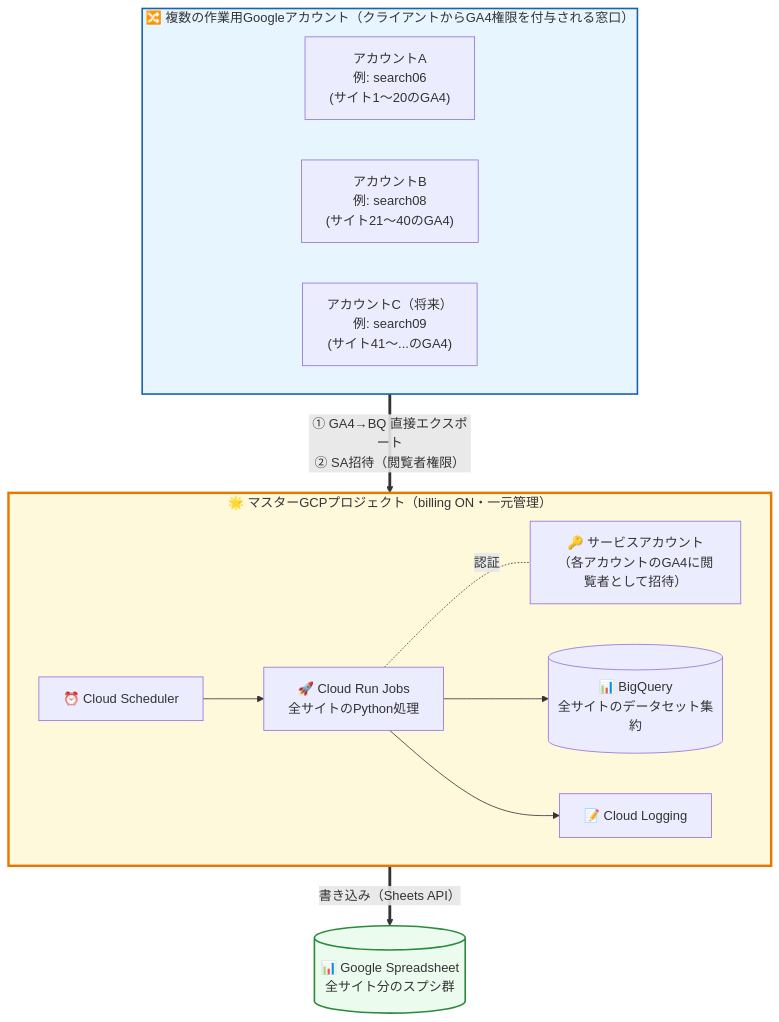
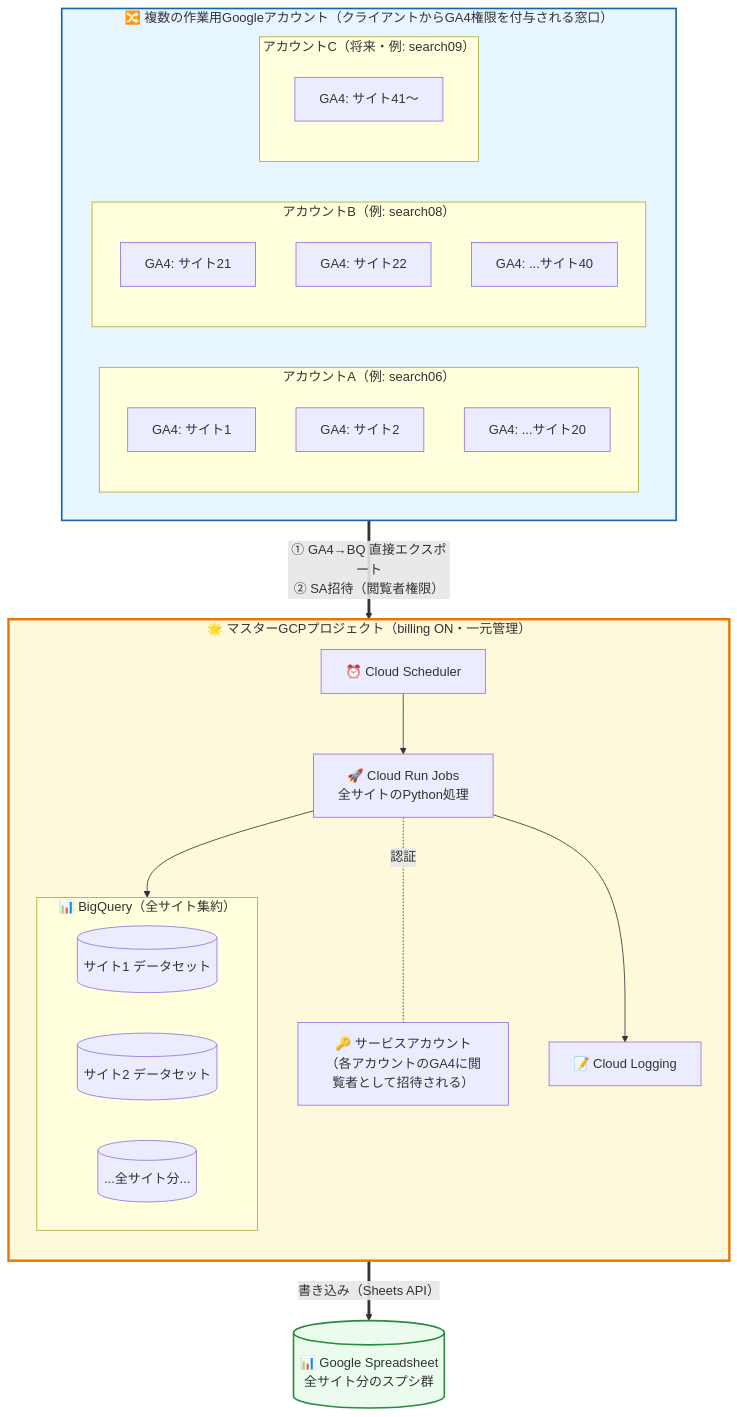
The sixth of 8 diagrams in tools/seo-dashboard/setup_guide_generic.md (itakura-t-hue/claude), drawn with Mermaid before and after one commit.

Commit message:
setup_guide_generic: D-2構成図を情報量キープ＋縦積み化
前回の簡素化で情報が削れすぎた。今回は内容を取り戻し、かつ縦積みを維持：
- Accounts: アカウントA/B/C を横並び、各アカウント内にGA4サイト3件ずつ（search06/08/09明記）
- Master: Cloud Scheduler/Run/SA/BigQuery(データセット3件)/Logging を内包
- SHEET: 最下段
サブグラフ間の矢印は2本のみ（Accounts→Master、Master→SHEET）に集約することで、Mermaid auto-layoutの縦積みを確実化。

````diff
--- a/tools/seo-dashboard/setup_guide_generic.md
+++ b/tools/seo-dashboard/setup_guide_generic.md
@@ -1024,32 +1024,50 @@
 ```mermaid
 flowchart TB
     subgraph Accounts["🔀 複数の作業用Googleアカウント（クライアントからGA4権限を付与される窓口）"]
         direction LR
-        AcctA["アカウントA<br/>例: search06<br/>(サイト1〜20のGA4)"]
-        AcctB["アカウントB<br/>例: search08<br/>(サイト21〜40のGA4)"]
-        AcctC["アカウントC（将来）<br/>例: search09<br/>(サイト41〜...のGA4)"]
+        subgraph AcctA["アカウントA（例: search06）"]
+            direction TB
+            GA4_A1[GA4: サイト1]
+            GA4_A2[GA4: サイト2]
+            GA4_A3[GA4: ...サイト20]
+        end
+        subgraph AcctB["アカウントB（例: search08）"]
+            direction TB
+            GA4_B1[GA4: サイト21]
+            GA4_B2[GA4: サイト22]
+            GA4_B3[GA4: ...サイト40]
+        end
+        subgraph AcctC["アカウントC（将来・例: search09）"]
+            direction TB
+            GA4_C1[GA4: サイト41〜]
+        end
     end
 
     subgraph Master["🌟 マスターGCPプロジェクト（billing ON・一元管理）"]
-        direction LR
+        direction TB
         MSCHED["⏰ Cloud Scheduler"]
         MCR["🚀 Cloud Run Jobs<br/>全サイトのPython処理"]
-        MSA["🔑 サービスアカウント<br/>（各アカウントのGA4に閲覧者として招待）"]
-        MBQ[("📊 BigQuery<br/>全サイトのデータセット集約")]
+        MSA["🔑 サービスアカウント<br/>（各アカウントのGA4に閲覧者として招待される）"]
+        subgraph MBQ["📊 BigQuery（全サイト集約）"]
+            direction LR
+            DS1[(サイト1 データセット)]
+            DS2[(サイト2 データセット)]
+            DSN[(...全サイト分...)]
+        end
         MLOG["📝 Cloud Logging"]
 
         MSCHED --> MCR
         MCR -. "認証" .- MSA
         MCR --> MBQ
         MCR --> MLOG
     end
 
     SHEET[("📊 Google Spreadsheet<br/>全サイト分のスプシ群")]
 
     Accounts == "① GA4→BQ 直接エクスポート<br/>② SA招待（閲覧者権限）" ==> Master
     Master == "書き込み（Sheets API）" ==> SHEET
 
     style Accounts fill:#e7f5ff,stroke:#1864ab,stroke-width:2px
     style Master fill:#fff9db,stroke:#e67700,stroke-width:3px
     style SHEET fill:#ebfbee,stroke:#2b8a3e,stroke-width:2px
 ```
````
